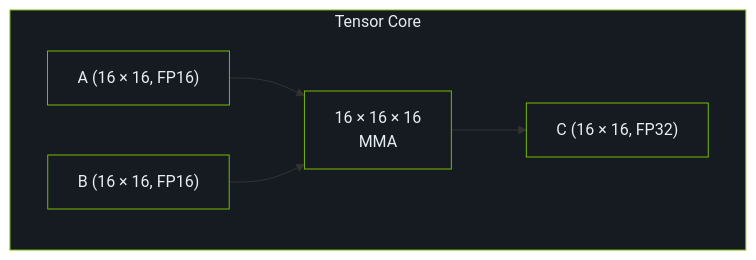
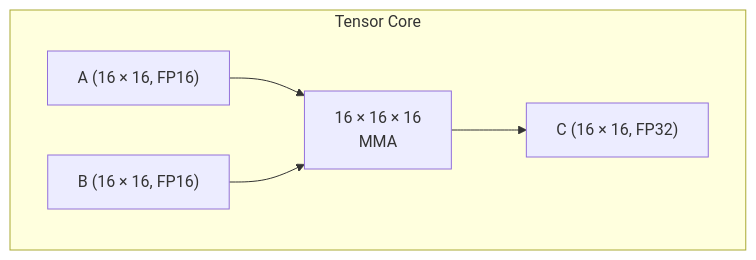
The fourth of 5 diagrams in docs/zh/modules/03/gemm-optimization.md (LessUp/cuda-kernel-academy), drawn with Mermaid before and after one commit. The commit also changed other lines of this file and 45 other files, not shown here.

````diff
--- a/docs/zh/modules/03/gemm-optimization.md
+++ b/docs/zh/modules/03/gemm-optimization.md
@@ -303,14 +277,9 @@
 ```mermaid
 flowchart TB
     subgraph TC["Tensor Core"]
         A_tc["A (16 × 16, FP16)"] --> M["16 × 16 × 16<br/>MMA"]
         B_tc["B (16 × 16, FP16)"] --> M
         M --> C_tc["C (16 × 16, FP32)"]
     end
 
-    style TC fill:#161b22,stroke:#76B900,color:#e6edf3
-    style A_tc fill:#161b22,stroke:#76B900,color:#e6edf3
-    style B_tc fill:#161b22,stroke:#76B900,color:#e6edf3
-    style M fill:#161b22,stroke:#76B900,color:#e6edf3
-    style C_tc fill:#161b22,stroke:#76B900,color:#e6edf3
 ```
````
